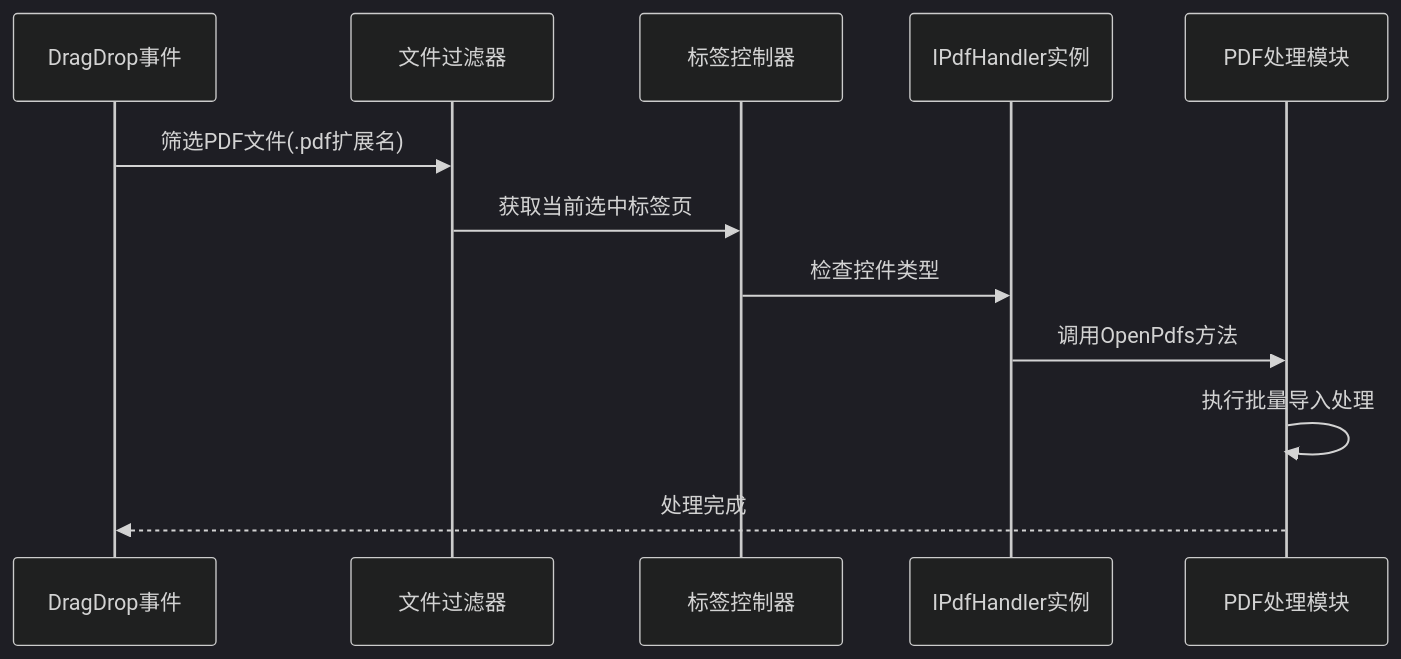
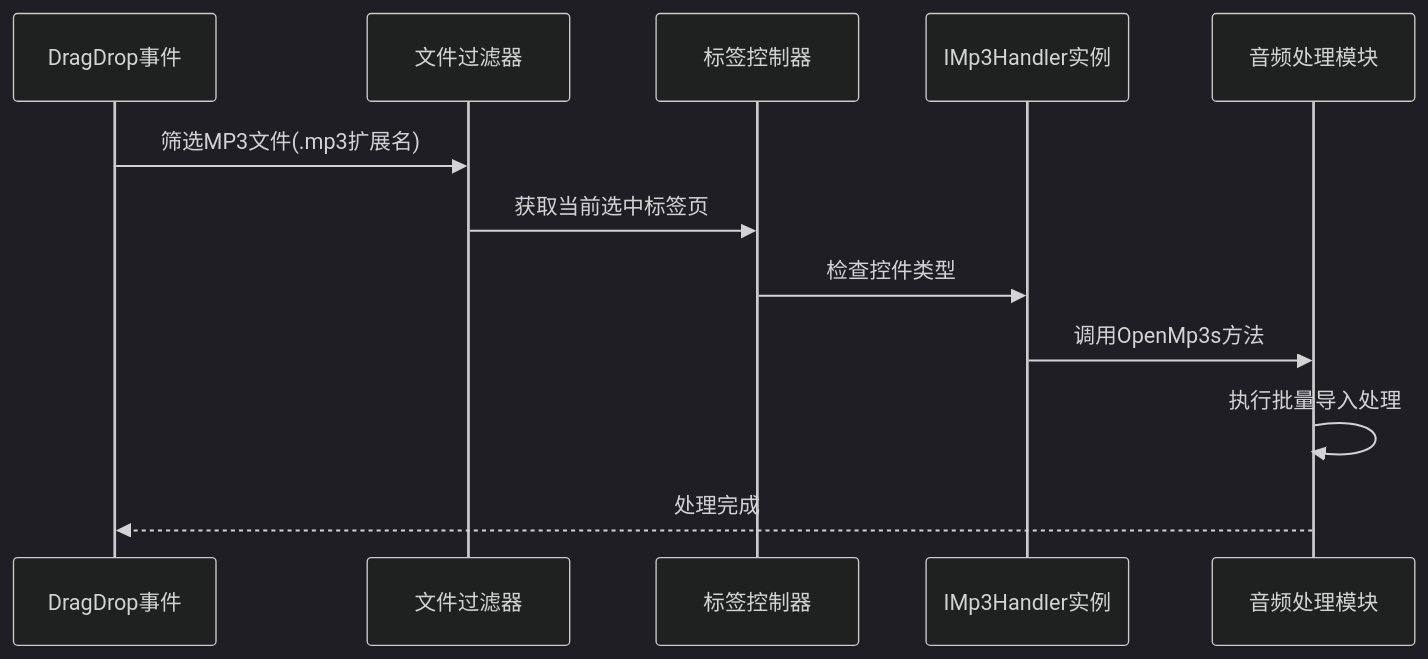
One commit to db300/PdfTool changed the sixth of 9 diagrams in .qoder/repowiki/zh/content/技术架构设计/核心组件/界面层/拖拽操作.md. Above: the diagram before and after it, drawn with Mermaid (dark theme). The commit also changed other lines of this file and 4 other files, not shown here.

````diff
--- a/.qoder/repowiki/zh/content/技术架构设计/核心组件/界面层/拖拽操作.md
+++ b/.qoder/repowiki/zh/content/技术架构设计/核心组件/界面层/拖拽操作.md
@@ -231,14 +259,14 @@
 ```mermaid
 sequenceDiagram
 participant DragDrop as DragDrop事件
 participant Filter as 文件过滤器
 participant TabControl as 标签控制器
-participant Handler as IPdfHandler实例
-participant Module as PDF处理模块
-DragDrop->>Filter : 筛选PDF文件(.pdf扩展名)
+participant Handler as IMp3Handler实例
+participant Module as 音频处理模块
+DragDrop->>Filter : 筛选MP3文件(.mp3扩展名)
 Filter->>TabControl : 获取当前选中标签页
 TabControl->>Handler : 检查控件类型
-Handler->>Module : 调用OpenPdfs方法
+Handler->>Module : 调用OpenMp3s方法
 Module->>Module : 执行批量导入处理
 Module-->>DragDrop : 处理完成
 ```
````
